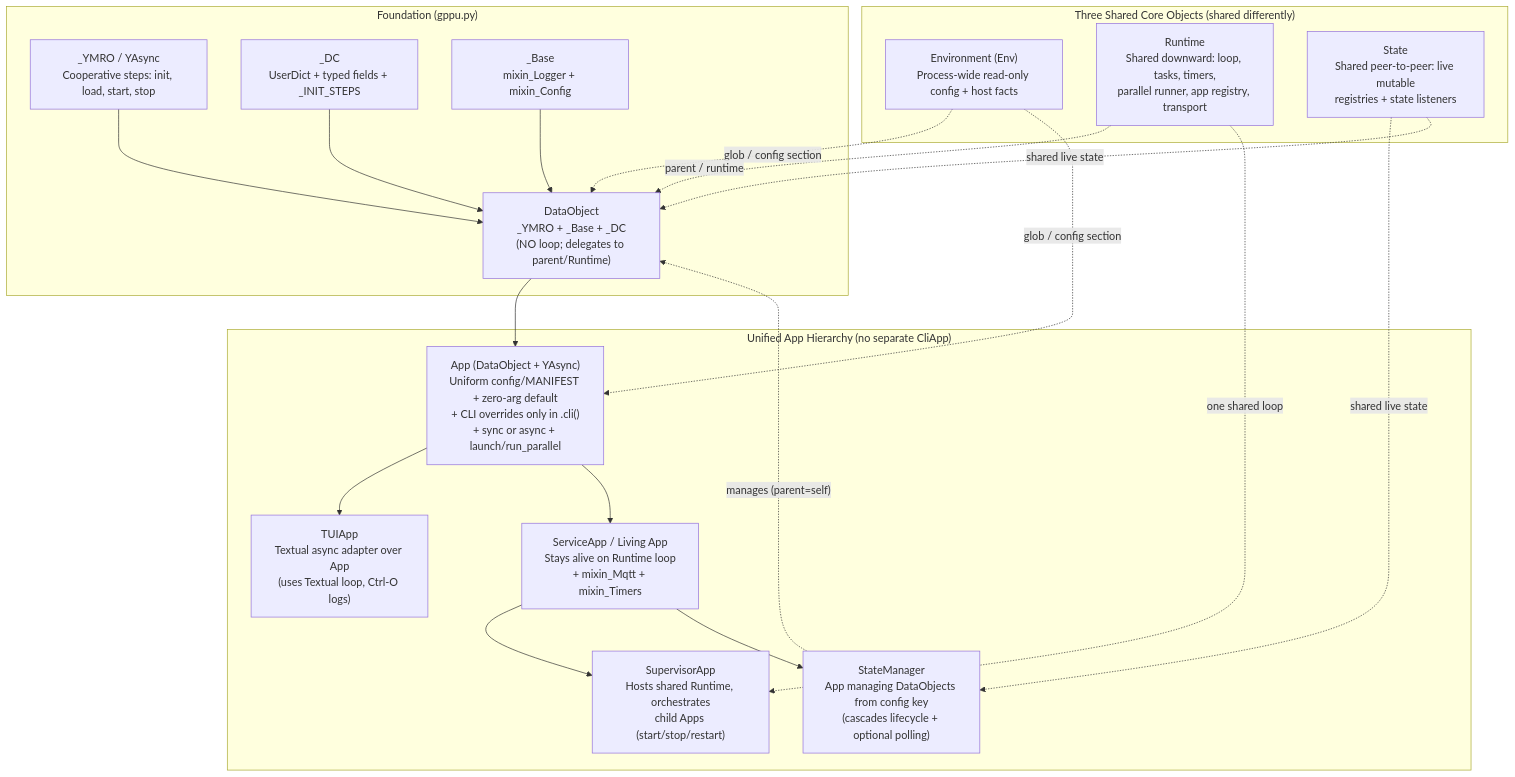
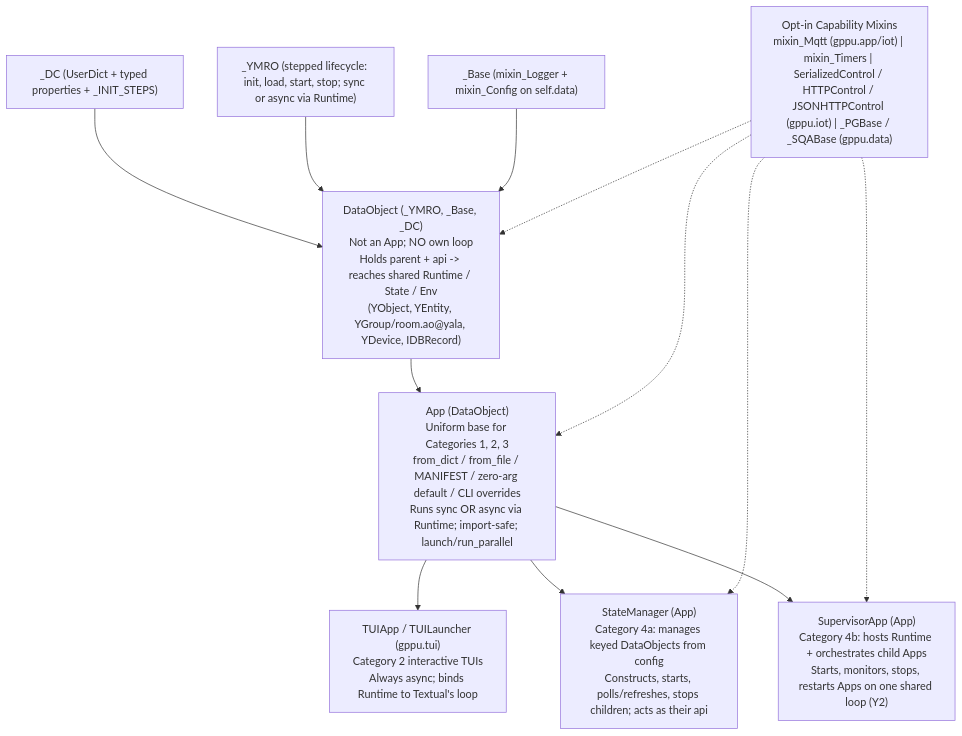
The diagram in docs/gppu-scenarios-and-structure-review.md (akarelin/gppu), drawn with Mermaid before and after one commit. The commit also changed other lines of this file and 1 other file, not shown here.

````diff
--- a/docs/gppu-scenarios-and-structure-review.md
+++ b/docs/gppu-scenarios-and-structure-review.md
@@ -38,39 +46,30 @@
 ```mermaid
 flowchart TD
-    subgraph Shared["Three Shared Core Objects (shared differently)"]
-        ENV["Environment (Env)\nProcess-wide read-only config + host facts"]
-        RT["Runtime\nShared downward: loop, tasks, timers,\nparallel runner, app registry, transport"]
-        ST["State\nShared peer-to-peer: live mutable\nregistries + state listeners"]
-    end
+    DC["_DC (UserDict + typed properties + _INIT_STEPS)"]
+    YMRO["_YMRO (stepped lifecycle: init, load, start, stop; sync or async via Runtime)"]
+    Base["_Base (mixin_Logger + mixin_Config on self.data)"]
 
-    subgraph Foundation["Foundation (gppu.py)"]
-        YMRO["_YMRO / YAsync\nCooperative steps: init, load, start, stop"]
-        DC["_DC\nUserDict + typed fields + _INIT_STEPS"]
-        BASE["_Base\nmixin_Logger + mixin_Config"]
-        DO["DataObject\n_YMRO + _Base + _DC\n(NO loop; delegates to parent/Runtime)"]
-        YMRO --> DO
-        DC --> DO
-        BASE --> DO
-    end
+    DataObj["DataObject (_YMRO, _Base, _DC)<br/>Not an App; NO own loop<br/>Holds parent + api -> reaches shared Runtime / State / Env<br/>(YObject, YEntity, YGroup/room.ao@yala, YDevice, IDBRecord)"]
 
-    subgraph Apps["Unified App Hierarchy (no separate CliApp)"]
-        APP["App (DataObject + YAsync)\nUniform config/MANIFEST + zero-arg default\n+ CLI overrides only in .cli()\n+ sync or async + launch/run_parallel"]
-        TUI["TUIApp\nTextual async adapter over App\n(uses Textual loop, Ctrl-O logs)"]
-        SVC["ServiceApp / Living App\nStays alive on Runtime loop\n+ mixin_Mqtt + mixin_Timers"]
-        SUP["SupervisorApp\nHosts shared Runtime, orchestrates\nchild Apps (start/stop/restart)"]
-        SM["StateManager\nApp managing DataObjects from config key\n(cascades lifecycle + optional polling)"]
-        DO --> APP
-        APP --> TUI
-        APP --> SVC
-        SVC --> SUP
-        SVC --> SM
-    end
+    App["App (DataObject)<br/>Uniform base for Categories 1, 2, 3<br/>from_dict / from_file / MANIFEST / zero-arg default / CLI overrides<br/>Runs sync OR async via Runtime; import-safe; launch/run_parallel"]
 
-    ENV -. "glob / config section" .-> DO
-    ENV -. "glob / config section" .-> APP
-    RT -. "parent / runtime" .-> DO
-    RT -. "one shared loop" .-> SUP
-    SM -. "manages (parent=self)" .-> DO
-    ST -. "shared live state" .-> SM
-    ST -. "shared live state" .-> DO
+    TUI["TUIApp / TUILauncher (gppu.tui)<br/>Category 2 interactive TUIs<br/>Always async; binds Runtime to Textual's loop"]
+
+    SM["StateManager (App)<br/>Category 4a: manages keyed DataObjects from config<br/>Constructs, starts, polls/refreshes, stops children; acts as their api"]
+
+    Sup["SupervisorApp (App)<br/>Category 4b: hosts Runtime + orchestrates child Apps<br/>Starts, monitors, stops, restarts Apps on one shared loop (Y2)"]
+
+    Mixins["Opt-in Capability Mixins<br/>mixin_Mqtt (gppu.app/iot) | mixin_Timers | SerializedControl / HTTPControl / JSONHTTPControl (gppu.iot) | _PGBase / _SQABase (gppu.data)"]
+
+    DC --> DataObj
+    YMRO --> DataObj
+    Base --> DataObj
+    DataObj --> App
+    App --> TUI
+    App --> SM
+    App --> Sup
+    Mixins -.-> App
+    Mixins -.-> SM
+    Mixins -.-> Sup
+    Mixins -.-> DataObj
 ```
````
